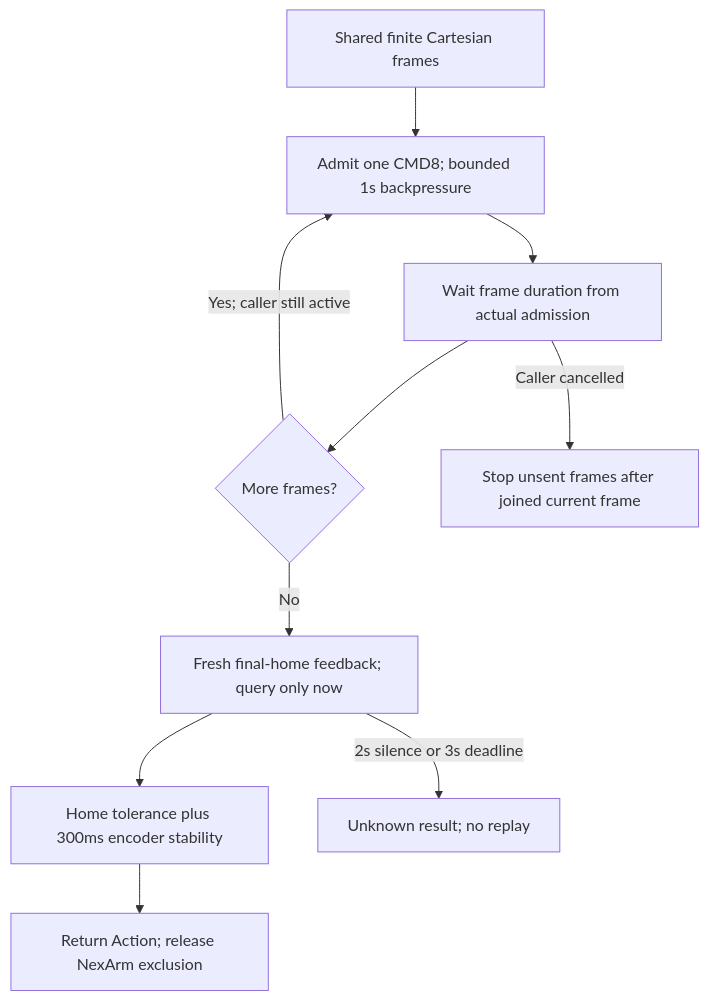
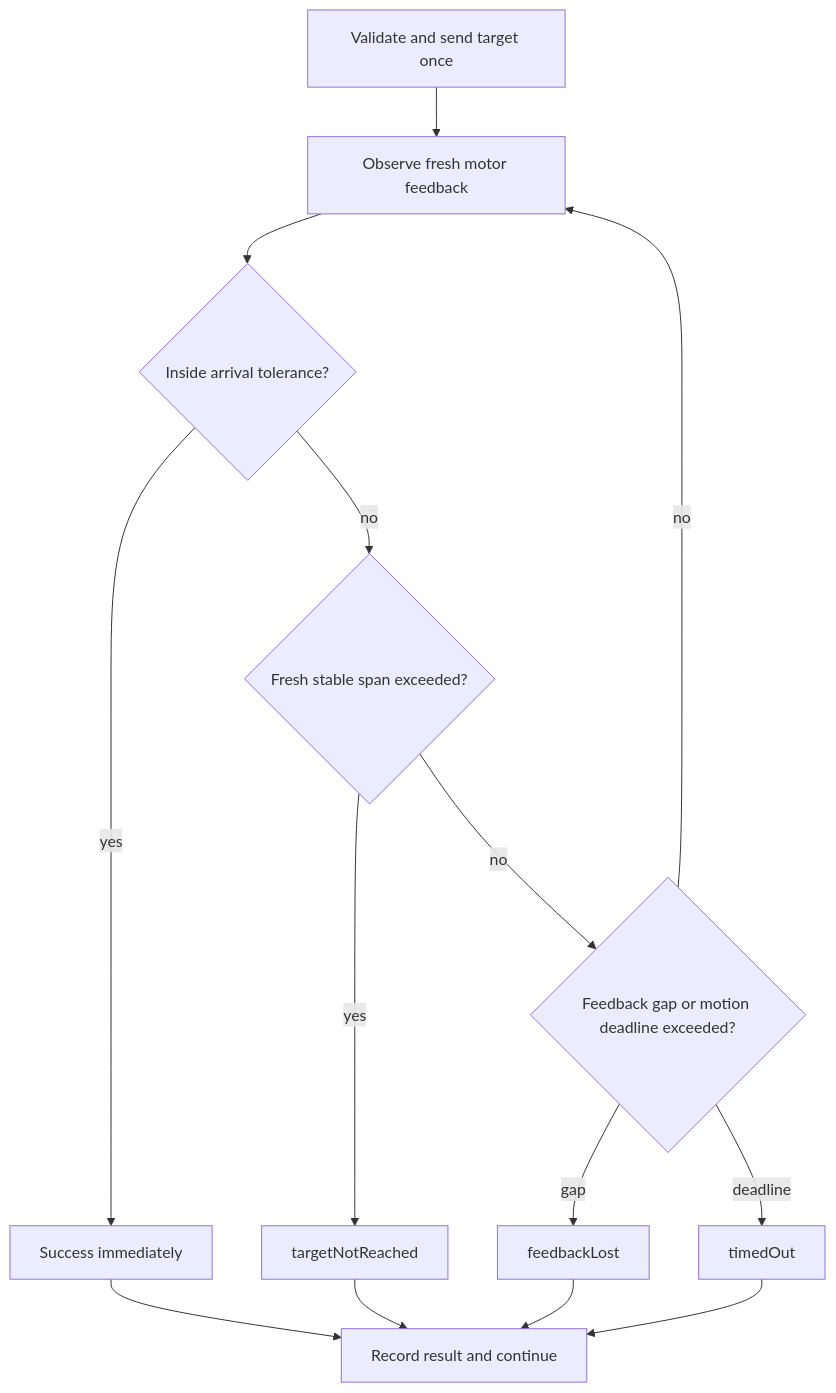
The second of 3 diagrams in MobileHarness/Actions/NexArm/README.md (devilyouwei/MobileHarness), drawn with Mermaid before and after one commit. The commit also changed other lines of this file and 120 other files, not shown here.

Commit message:
Refine NexArm arrival policies, action composition and module boundaries

````diff
--- a/MobileHarness/Actions/NexArm/README.md
+++ b/MobileHarness/Actions/NexArm/README.md
@@ -63,12 +72,16 @@
 ```mermaid
 flowchart TD
-    Plan[Shared finite Cartesian frames] --> Send[Admit one CMD8; bounded 1s backpressure]
-    Send --> Time[Wait frame duration from actual admission]
-    Time --> More{More frames?}
-    More -->|Yes; caller still active| Send
-    More -->|No| Observe[Fresh final-home feedback; query only now]
-    Observe --> Stable[Home tolerance plus 300ms encoder stability]
-    Stable --> Done[Return Action; release NexArm exclusion]
-    Observe -->|2s silence or 3s deadline| Fail[Unknown result; no replay]
-    Time -->|Caller cancelled| Cancel[Stop unsent frames after joined current frame]
+    A[Validate and send target once] --> B[Observe fresh motor feedback]
+    B --> C{Inside arrival tolerance?}
+    C -->|yes| OK[Success immediately]
+    C -->|no| D{Fresh stable span exceeded?}
+    D -->|yes| E[targetNotReached]
+    D -->|no| F{Feedback gap or motion deadline exceeded?}
+    F -->|no| B
+    F -->|gap| G[feedbackLost]
+    F -->|deadline| H[timedOut]
+    OK --> N[Record result and continue]
+    E --> N
+    G --> N
+    H --> N
 ```
````
